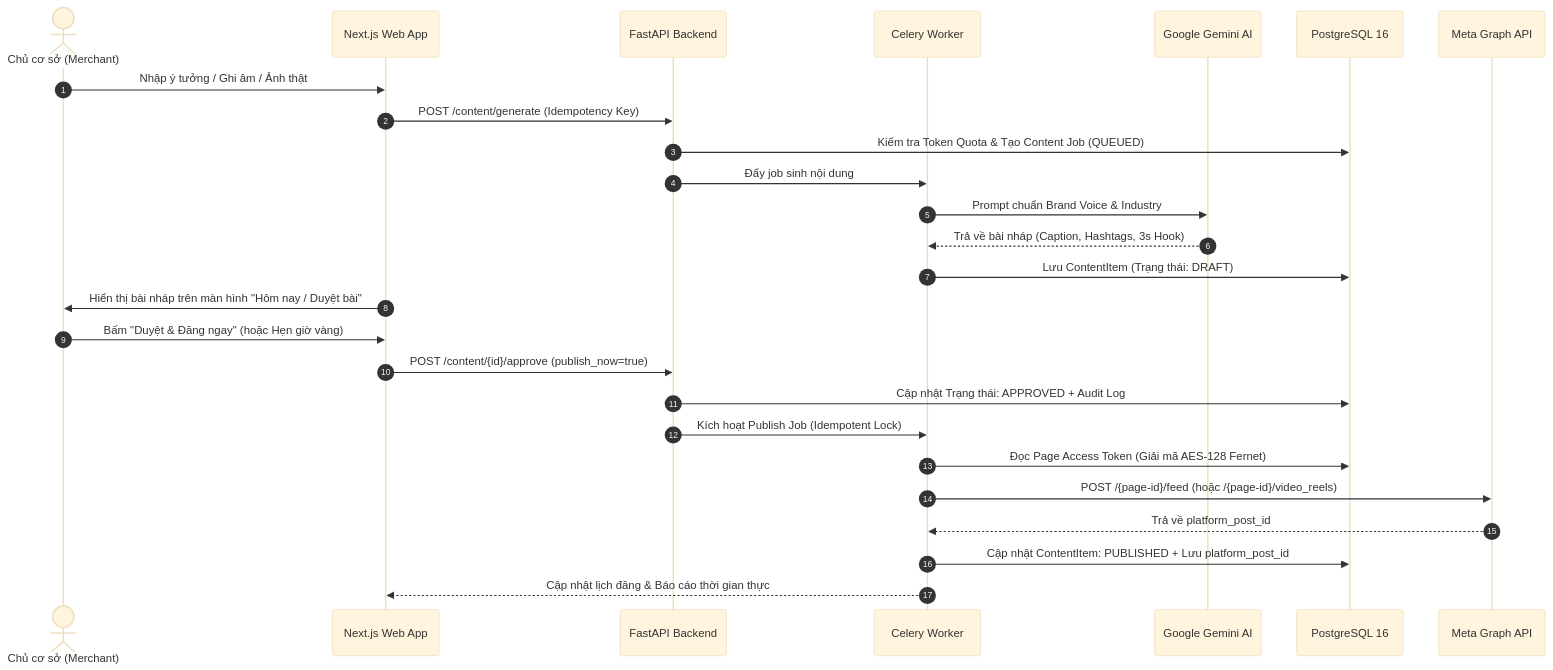
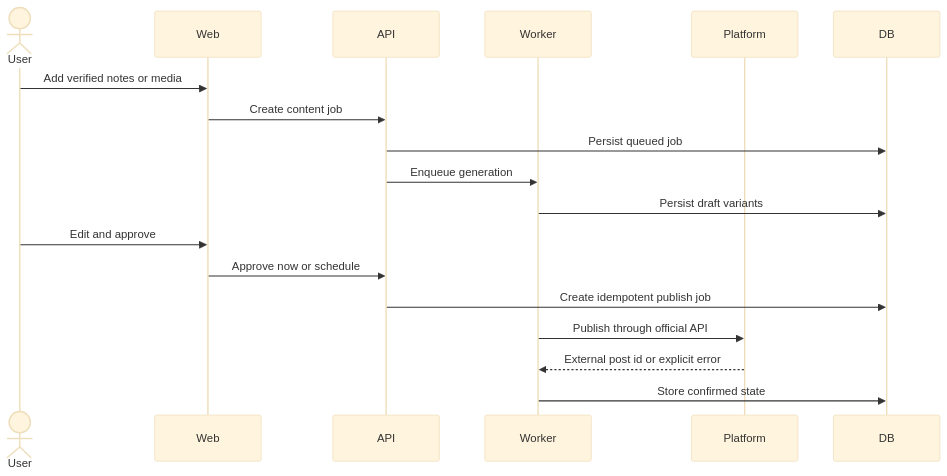
The second of 3 diagrams in ARCHITECTURE.md (brianhuynh2021/havi), drawn with Mermaid (base theme) before and after one commit. The commit also changed other lines of this file and 204 other files, not shown here.

````diff
--- a/ARCHITECTURE.md
+++ b/ARCHITECTURE.md
@@ -79,30 +59,21 @@
 ```mermaid
 sequenceDiagram
-    autonumber
-    actor User as Chủ cơ sở (Merchant)
-    participant Web as Next.js Web App
-    participant API as FastAPI Backend
-    participant Worker as Celery Worker
-    participant Gemini as Google Gemini AI
-    participant DB as PostgreSQL 16
-    participant Meta as Meta Graph API
+    actor User
+    participant Web
+    participant API
+    participant Worker
+    participant Platform
+    participant DB
 
-    User->>Web: Nhập ý tưởng / Ghi âm / Ảnh thật
-    Web->>API: POST /content/generate (Idempotency Key)
-    API->>DB: Kiểm tra Token Quota & Tạo Content Job (QUEUED)
-    API->>Worker: Đẩy job sinh nội dung
-    Worker->>Gemini: Prompt chuẩn Brand Voice & Industry
-    Gemini-->>Worker: Trả về bài nháp (Caption, Hashtags, 3s Hook)
-    Worker->>DB: Lưu ContentItem (Trạng thái: DRAFT)
-    Web->>User: Hiển thị bài nháp trên màn hình "Hôm nay / Duyệt bài"
-    
-    User->>Web: Bấm "Duyệt & Đăng ngay" (hoặc Hẹn giờ vàng)
-    Web->>API: POST /content/{id}/approve (publish_now=true)
-    API->>DB: Cập nhật Trạng thái: APPROVED + Audit Log
-    API->>Worker: Kích hoạt Publish Job (Idempotent Lock)
-    Worker->>DB: Đọc Page Access Token (Giải mã AES-128 Fernet)
-    Worker->>Meta: POST /{page-id}/feed (hoặc /{page-id}/video_reels)
-    Meta-->>Worker: Trả về platform_post_id
-    Worker->>DB: Cập nhật ContentItem: PUBLISHED + Lưu platform_post_id
-    Worker-->>Web: Cập nhật lịch đăng & Báo cáo thời gian thực
+    User->>Web: Add verified notes or media
+    Web->>API: Create content job
+    API->>DB: Persist queued job
+    API->>Worker: Enqueue generation
+    Worker->>DB: Persist draft variants
+    User->>Web: Edit and approve
+    Web->>API: Approve now or schedule
+    API->>DB: Create idempotent publish job
+    Worker->>Platform: Publish through official API
+    Platform-->>Worker: External post id or explicit error
+    Worker->>DB: Store confirmed state
 ```
````
